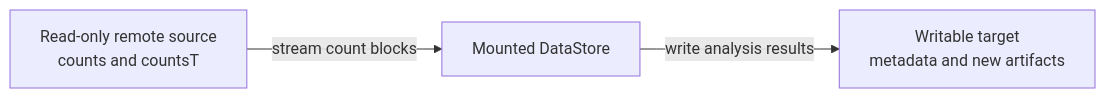
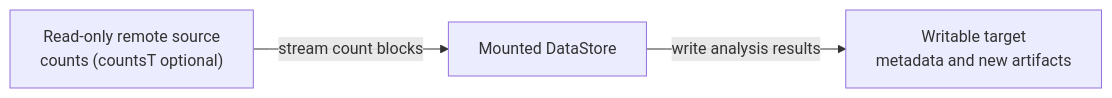
Before and after one commit to Gautam8387/scarf: the diagram in docs/source/tutorials/remote_stores.md, drawn with Mermaid. The commit also changed other lines of this file and 57 other files, not shown here.

````diff
--- a/docs/source/tutorials/remote_stores.md
+++ b/docs/source/tutorials/remote_stores.md
@@ -123,8 +120,8 @@
 ```{mermaid}
 flowchart LR
-    source["Read-only remote source<br/>counts and countsT"]
+    source["Read-only remote source<br/>counts (countsT optional)"]
     mount["Mounted DataStore"]
     target["Writable target<br/>metadata and new artifacts"]
     source -->|stream count blocks| mount
     mount -->|write analysis results| target
 ```
````
